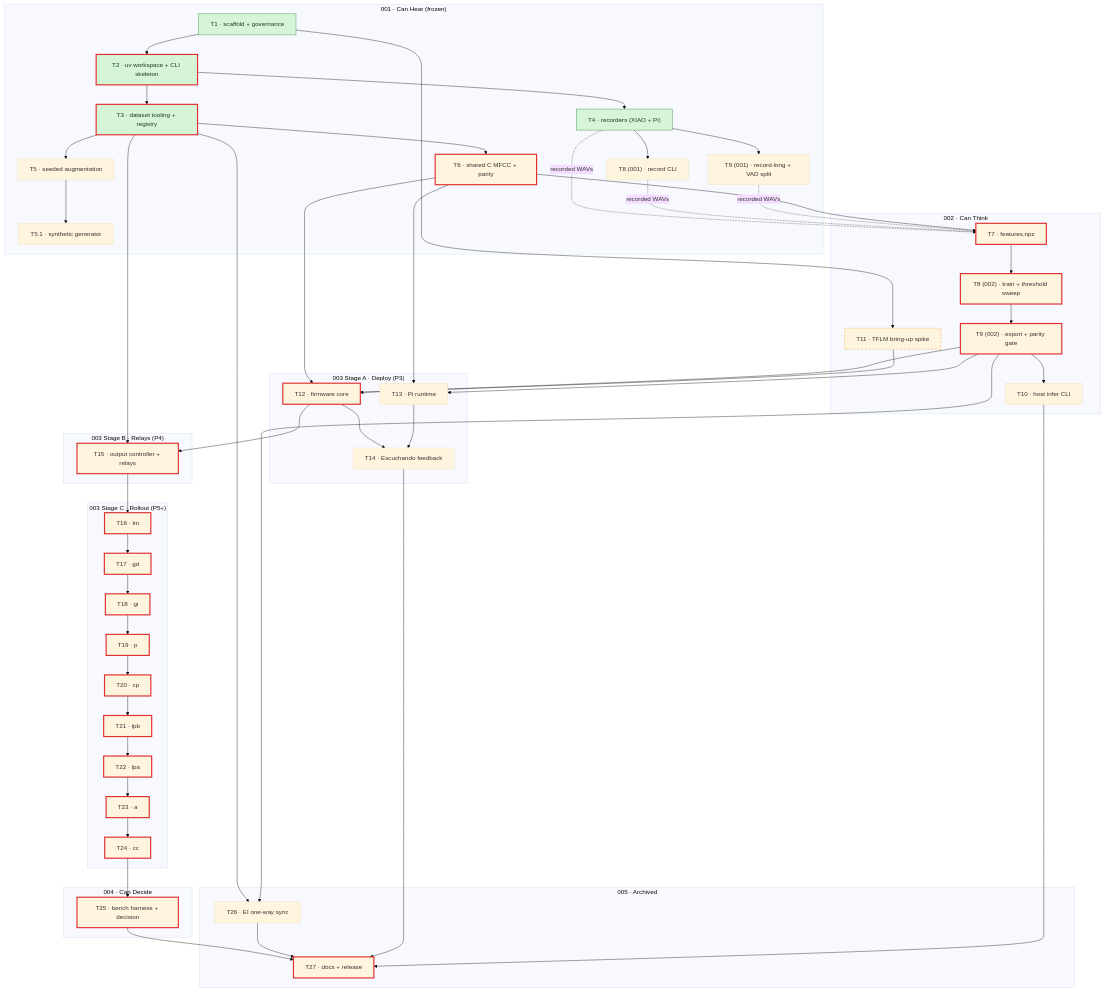
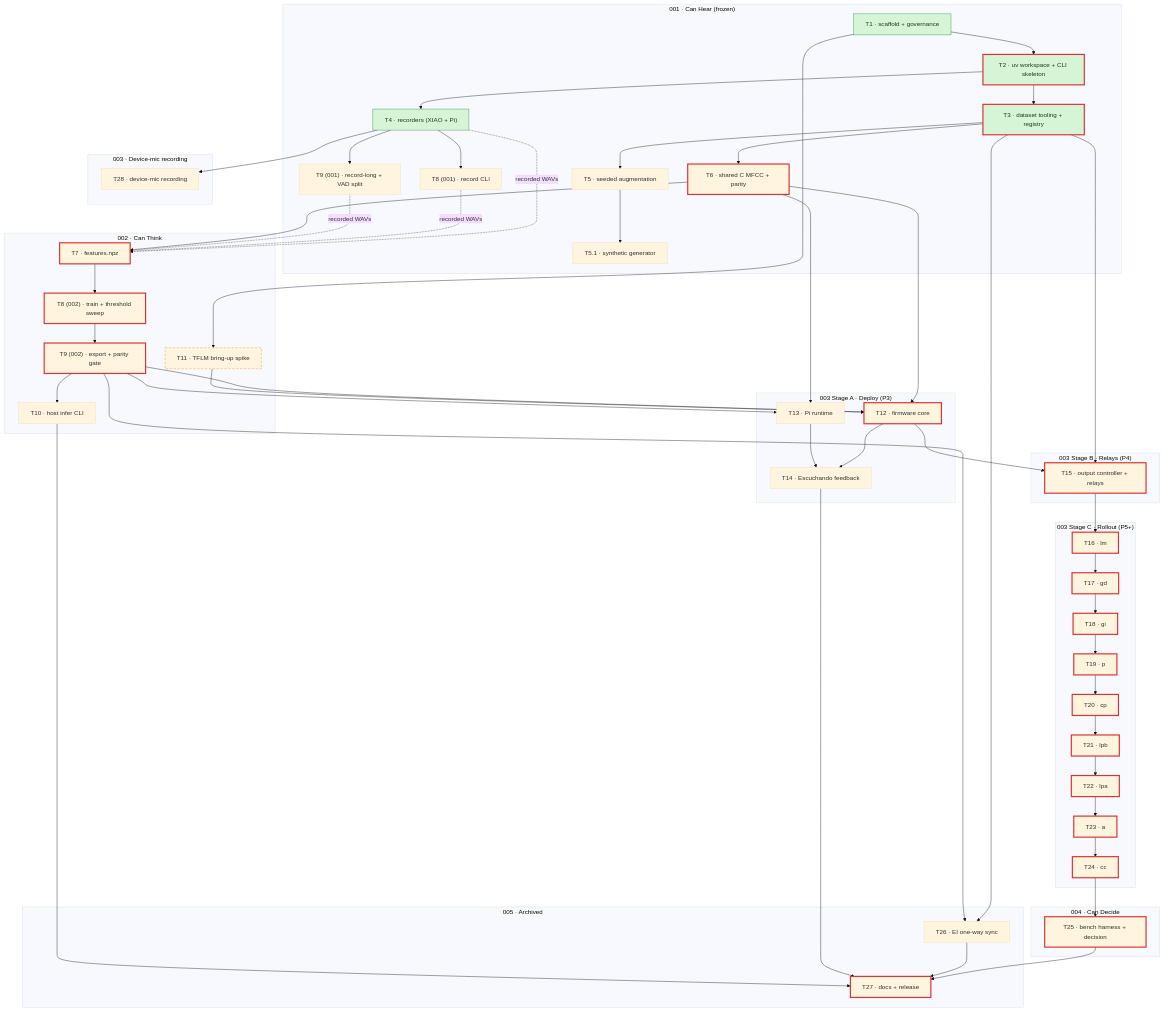
The diagram in .ai/sdd/CRITICAL-PATH.md (franzemil/ultron), drawn with Mermaid (base theme) before and after one commit. The commit also changed other lines of this file and 4 other files, not shown here.

```diff
--- a/.ai/sdd/CRITICAL-PATH.md
+++ b/.ai/sdd/CRITICAL-PATH.md
@@ -61,6 +61,10 @@
         T24["T24 · cc"]
     end
 
+    subgraph S3D["003 · Device-mic recording"]
+        T28["T28 · device-mic recording"]
+    end
+
     subgraph S4["004 · Can Decide"]
         T25["T25 · bench harness + decision"]
     end
@@ -78,6 +82,7 @@
     T3 --> T6
     T4 --> T8_001
     T4 --> T9_001
+    T4 --> T28
     T4 -. recorded WAVs .-> T7
     T8_001 -. recorded WAVs .-> T7
     T9_001 -. recorded WAVs .-> T7
```
